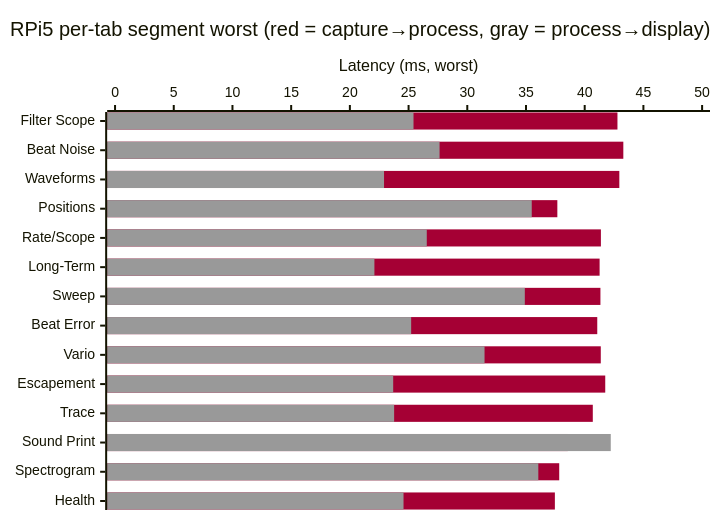
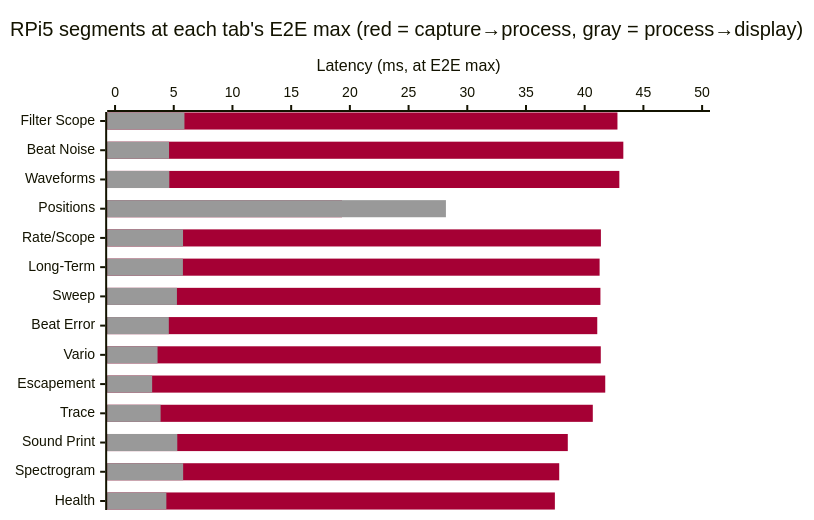
Before and after one commit to lgcmu2026-team5/TimeGrapher-Docs: the fourth of 6 diagrams in Milestone/en/4-Planned-Experiments.md, drawn with Mermaid. The commit also changed other lines of this file and 1 other file, not shown here.

Commit message:
docs: align segments with E2E worst rows

````diff
--- a/Milestone/en/4-Planned-Experiments.md
+++ b/Milestone/en/4-Planned-Experiments.md
@@ -190,9 +190,9 @@
 ```mermaid
 %%{init: {"themeVariables": {"xyChart": {"plotColorPalette": "#A50034, #999999"}}}}%%
 xychart-beta horizontal
-    title "RPi5 per-tab segment worst (red = capture→process, gray = process→display)"
+    title "RPi5 segments at each tab's E2E max (red = capture→process, gray = process→display)"
     x-axis ["Filter Scope", "Beat Noise", "Waveforms", "Positions", "Rate/Scope", "Long-Term", "Sweep", "Beat Error", "Vario", "Escapement", "Trace", "Sound Print", "Spectrogram", "Health"]
-    y-axis "Latency (ms, worst)" 0 --> 50
-    bar [42.79, 43.29, 42.95, 37.67, 41.38, 41.27, 41.34, 41.07, 41.37, 41.75, 40.69, 38.56, 37.83, 37.46]
-    bar [25.42, 27.64, 22.91, 35.49, 26.55, 22.09, 34.90, 25.22, 31.47, 23.69, 23.77, 42.22, 36.05, 24.57]
+    y-axis "Latency (ms, at E2E max)" 0 --> 50
+    bar [42.79, 43.29, 42.95, 19.33, 41.38, 41.27, 41.34, 41.07, 41.37, 41.75, 40.69, 38.56, 37.83, 37.46]
+    bar [5.91, 4.60, 4.62, 28.18, 5.79, 5.78, 5.27, 4.58, 3.62, 3.16, 3.88, 5.30, 5.80, 4.37]
 ```
````
